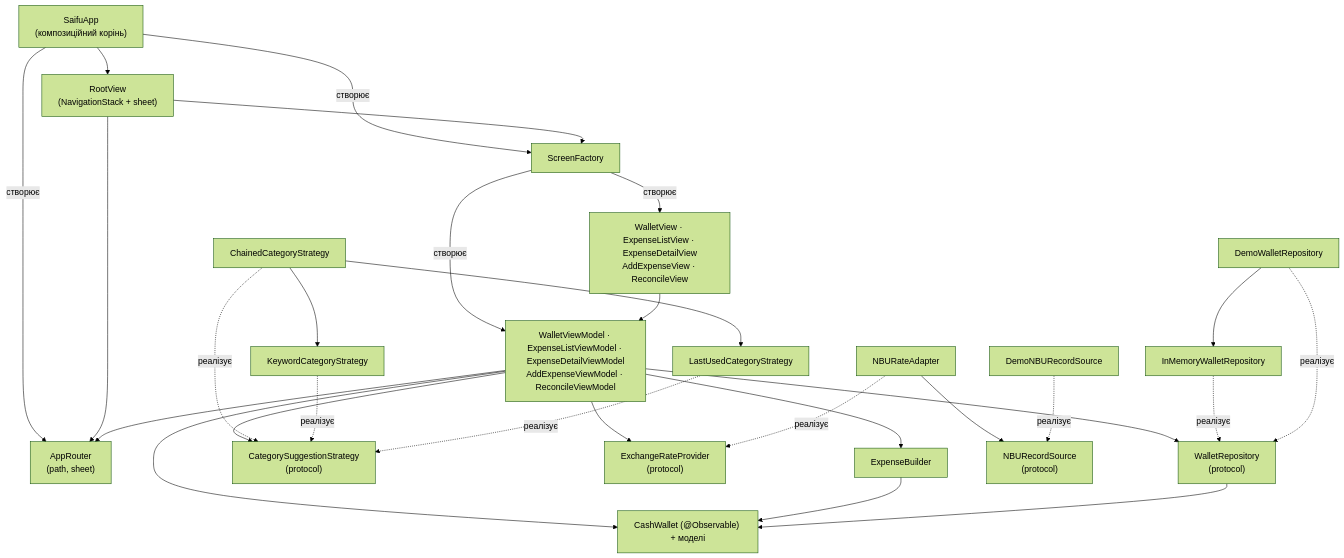
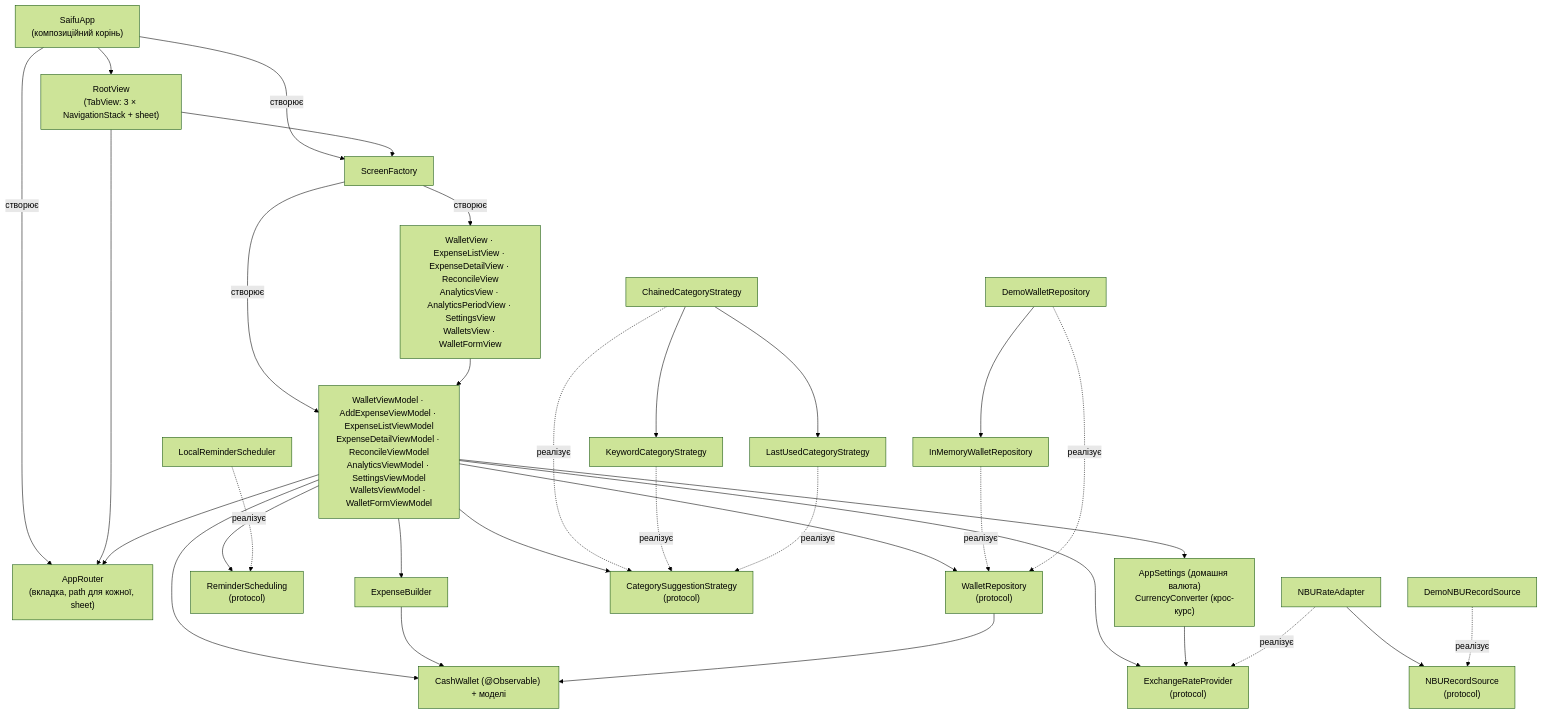
Before and after one commit to shelovesme0/Saifu: the diagram in docs/architecture.md, drawn with Mermaid (forest theme). The commit also changed other lines of this file, not shown here.

Commit message:
Document redesign in architecture notes

````diff
--- a/docs/architecture.md
+++ b/docs/architecture.md
@@ -16,50 +16,57 @@
 ```mermaid
 graph TD
     App["SaifuApp<br/>(композиційний корінь)"]
     Factory["ScreenFactory"]
-    Router["AppRouter<br/>(path, sheet)"]
-    Root["RootView<br/>(NavigationStack + sheet)"]
-    Views["WalletView · ExpenseListView · ExpenseDetailView<br/>AddExpenseView · ReconcileView"]
-    VMs["WalletViewModel · ExpenseListViewModel · ExpenseDetailViewModel<br/>AddExpenseViewModel · ReconcileViewModel"]
+    Router["AppRouter<br/>(вкладка, path для кожної, sheet)"]
+    Root["RootView<br/>(TabView: 3 × NavigationStack + sheet)"]
+    Views["WalletView · ExpenseListView · ExpenseDetailView · ReconcileView<br/>AnalyticsView · AnalyticsPeriodView · SettingsView<br/>WalletsView · WalletFormView"]
+    VMs["WalletViewModel · AddExpenseViewModel · ExpenseListViewModel<br/>ExpenseDetailViewModel · ReconcileViewModel<br/>AnalyticsViewModel · SettingsViewModel<br/>WalletsViewModel · WalletFormViewModel"]
+    Shared["AppSettings (домашня валюта)<br/>CurrencyConverter (крос-курс)"]
+    Remind["ReminderScheduling<br/>(protocol)"]
+    LocalRemind["LocalReminderScheduler"]
     Repo["WalletRepository<br/>(protocol)"]
     Strat["CategorySuggestionStrategy<br/>(protocol)"]
     Rate["ExchangeRateProvider<br/>(protocol)"]
     Builder["ExpenseBuilder"]
     Wallet["CashWallet (@Observable) + моделі"]
     InMem["InMemoryWalletRepository"]
     Demo["DemoWalletRepository"]
     Chain["ChainedCategoryStrategy"]
     Kw["KeywordCategoryStrategy"]
     Last["LastUsedCategoryStrategy"]
     Adapter["NBURateAdapter"]
     Source["NBURecordSource<br/>(protocol)"]
     DemoSrc["DemoNBURecordSource"]
 
     App -->|створює| Factory
     App -->|створює| Router
     App --> Root
     Root --> Router
     Root --> Factory
     Factory -->|створює| Views
     Factory -->|створює| VMs
     Views --> VMs
     VMs --> Router
     VMs --> Repo
     VMs --> Strat
     VMs --> Rate
     VMs --> Builder
+    VMs --> Remind
+    VMs --> Shared
+    Shared --> Rate
+    LocalRemind -.реалізує.-> Remind
     VMs --> Wallet
     Builder --> Wallet
     Repo --> Wallet
     InMem -.реалізує.-> Repo
     Demo -.реалізує.-> Repo
     Demo --> InMem
     Chain -.реалізує.-> Strat
     Kw -.реалізує.-> Strat
     Last -.реалізує.-> Strat
     Chain --> Kw
     Chain --> Last
     Adapter -.реалізує.-> Rate
     Adapter --> Source
     DemoSrc -.реалізує.-> Source
 ```
````
